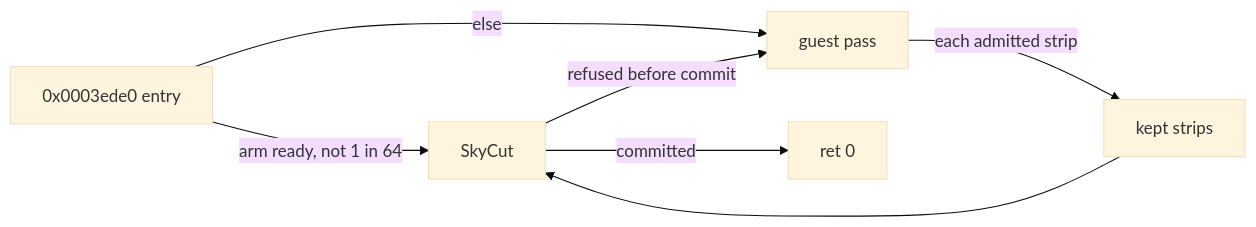
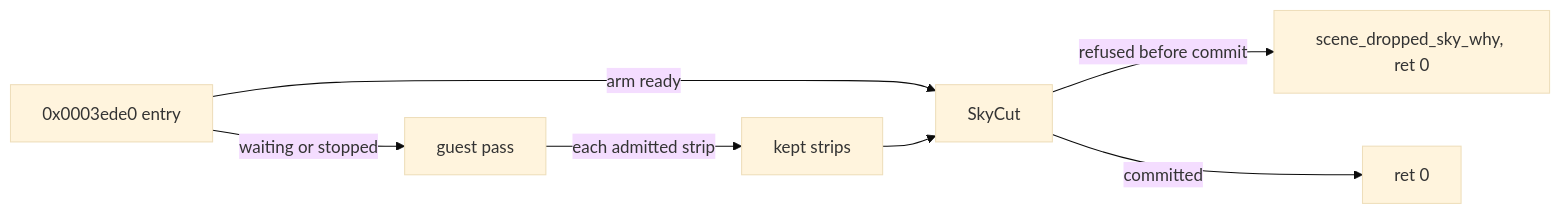
One commit to 0xdeafcafe/h2r changed the third of 3 diagrams in docs/graphics/retire-d3d-r5.md. Above: the diagram before and after it, drawn with Mermaid (base theme). The commit also changed other lines of this file and 5 other files, not shown here.

First line of the commit message:
Sky: a ready cut takes every pass, and a refused one drops the sky counted

````diff
--- a/docs/graphics/retire-d3d-r5.md
+++ b/docs/graphics/retire-d3d-r5.md
@@ -233,9 +235,9 @@
 ```mermaid
 flowchart LR
-  H[0x0003ede0 entry] -->|arm ready, not 1 in 64| C[SkyCut]
-  H -->|else| G[guest pass]
+  H[0x0003ede0 entry] -->|arm ready| C[SkyCut]
+  H -->|waiting or stopped| G[guest pass]
   G -->|each admitted strip| K[kept strips]
   K --> C
-  C -->|refused before commit| G
+  C -->|refused before commit| D[scene_dropped_sky_why, ret 0]
   C -->|committed| R[ret 0]
 ```
````
